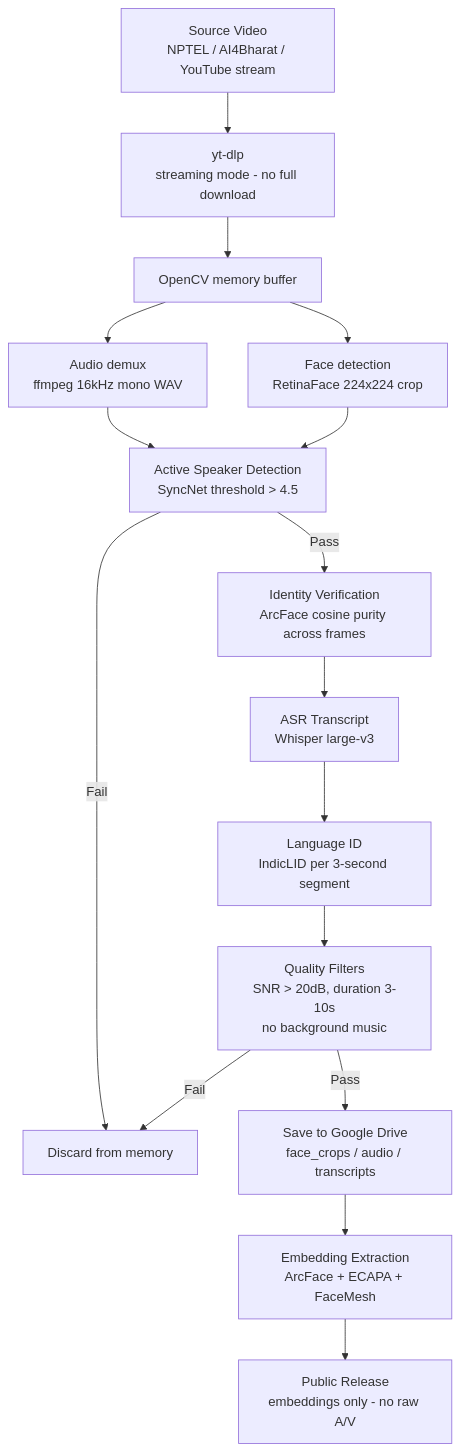
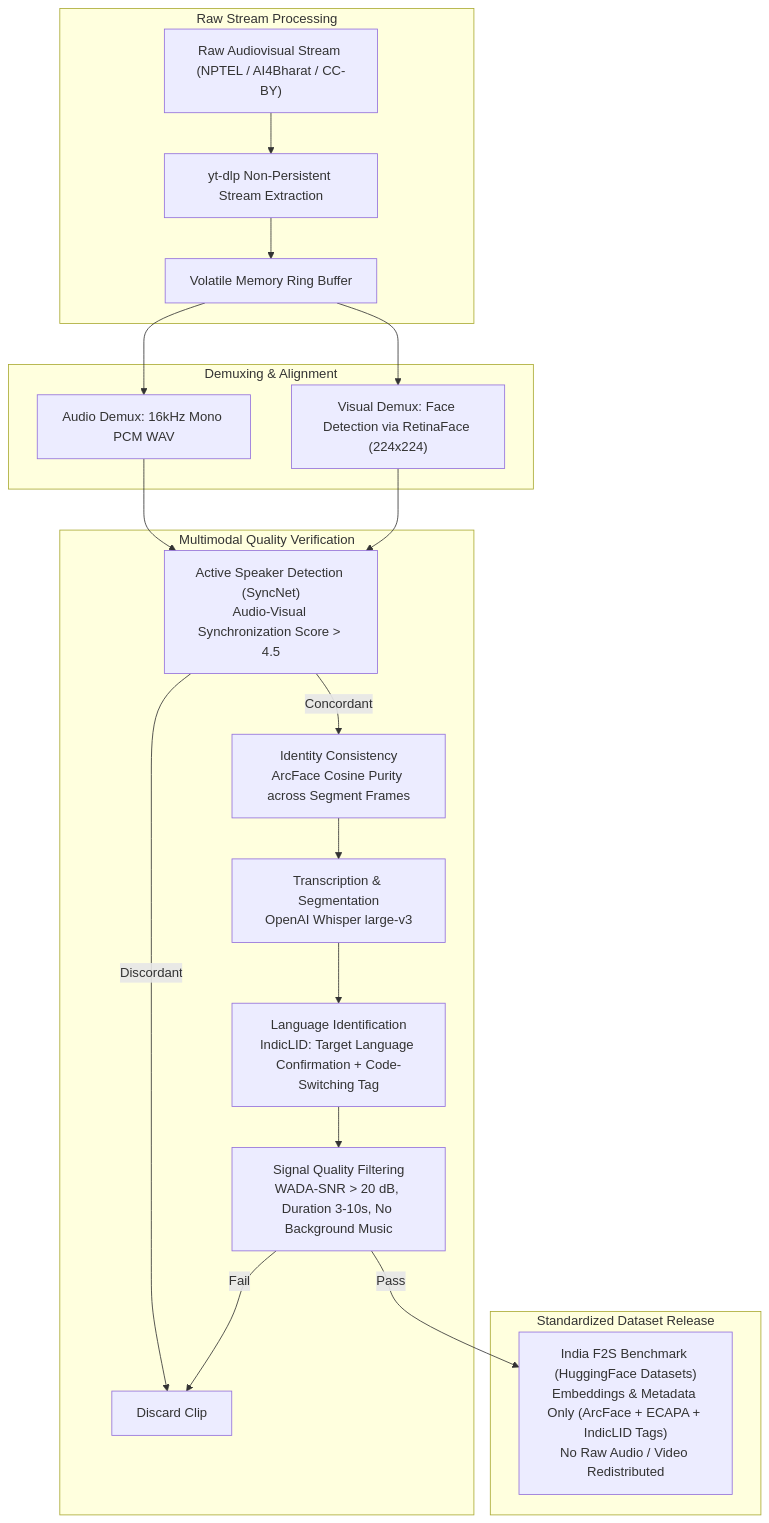
Before and after one commit to AdityaWagh19/Voix-F2S-System: the third of 3 diagrams in README.md, drawn with Mermaid. The commit also changed other lines of this file, not shown here.

Commit message:
Streamline README: retain 3 key architecture/pipeline diagrams, remove literature survey and publication target sections

````diff
--- a/README.md
+++ b/README.md
@@ -170,18 +183,36 @@
 ```mermaid
 flowchart TD
-    SRC[Source Video\nNPTEL / AI4Bharat / YouTube stream] --> DL[yt-dlp\nstreaming mode - no full download]
-    DL --> SPLIT[OpenCV memory buffer]
-    SPLIT --> AUD[Audio demux\nffmpeg 16kHz mono WAV]
-    SPLIT --> VID[Face detection\nRetinaFace 224x224 crop]
-    AUD --> ASD[Active Speaker Detection\nSyncNet threshold > 4.5]
-    VID --> ASD
-    ASD -->|Pass| IDV[Identity Verification\nArcFace cosine purity across frames]
-    ASD -->|Fail| DISC[Discard from memory]
-    IDV --> ASR[ASR Transcript\nWhisper large-v3]
-    ASR --> LID[Language ID\nIndicLID per 3-second segment]
-    LID --> QF[Quality Filters\nSNR > 20dB, duration 3-10s\nno background music]
-    QF -->|Pass| SAVE[Save to Google Drive\nface_crops / audio / transcripts]
-    QF -->|Fail| DISC
-    SAVE --> EMB[Embedding Extraction\nArcFace + ECAPA + FaceMesh]
-    EMB --> REL[Public Release\nembeddings only - no raw A/V]
+    subgraph INGESTION["Raw Stream Processing"]
+        SRC["Raw Audiovisual Stream (NPTEL / AI4Bharat / CC-BY)"]
+        YTDL["yt-dlp Non-Persistent Stream Extraction"]
+        MEM["Volatile Memory Ring Buffer"]
+        SRC --> YTDL --> MEM
+    end
+
+    subgraph EXTRACTION["Demuxing & Alignment"]
+        AUD["Audio Demux: 16kHz Mono PCM WAV"]
+        VID["Visual Demux: Face Detection via RetinaFace (224x224)"]
+        MEM --> AUD
+        MEM --> VID
+    end
+
+    subgraph VERIFICATION["Multimodal Quality Verification"]
+        SYNC["Active Speaker Detection (SyncNet)<br/>Audio-Visual Synchronization Score > 4.5"]
+        IDV["Identity Consistency<br/>ArcFace Cosine Purity across Segment Frames"]
+        ASR["Transcription & Segmentation<br/>OpenAI Whisper large-v3"]
+        LID["Language Identification<br/>IndicLID: Target Language Confirmation + Code-Switching Tag"]
+        FILT["Signal Quality Filtering<br/>WADA-SNR > 20 dB, Duration 3-10s, No Background Music"]
+
+        AUD --> SYNC
+        VID --> SYNC
+        SYNC -->|Concordant| IDV
+        SYNC -->|Discordant| DIS["Discard Clip"]
+        IDV --> ASR --> LID --> FILT
+    end
+
+    subgraph STORAGE["Standardized Dataset Release"]
+        DATA["India F2S Benchmark (HuggingFace Datasets)<br/>Embeddings & Metadata Only (ArcFace + ECAPA + IndicLID Tags)<br/>No Raw Audio / Video Redistributed"]
+        FILT -->|Pass| DATA
+        FILT -->|Fail| DIS
+    end
 ```
````
